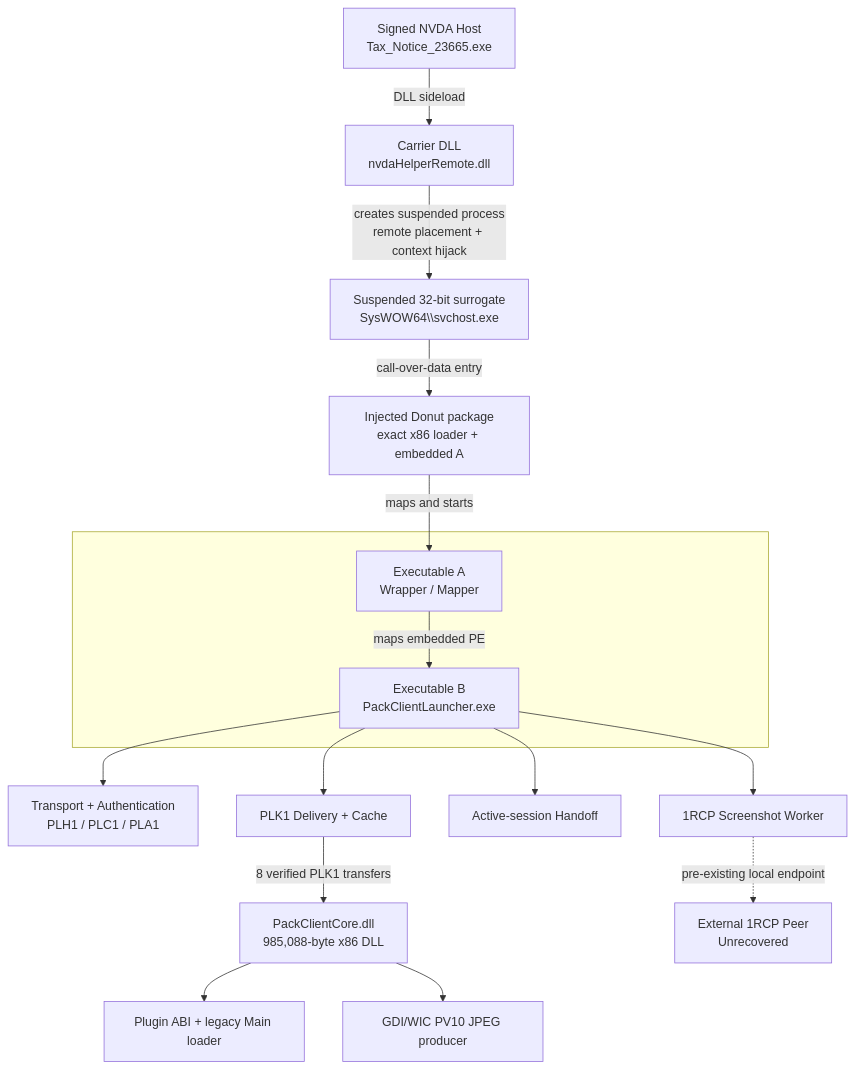
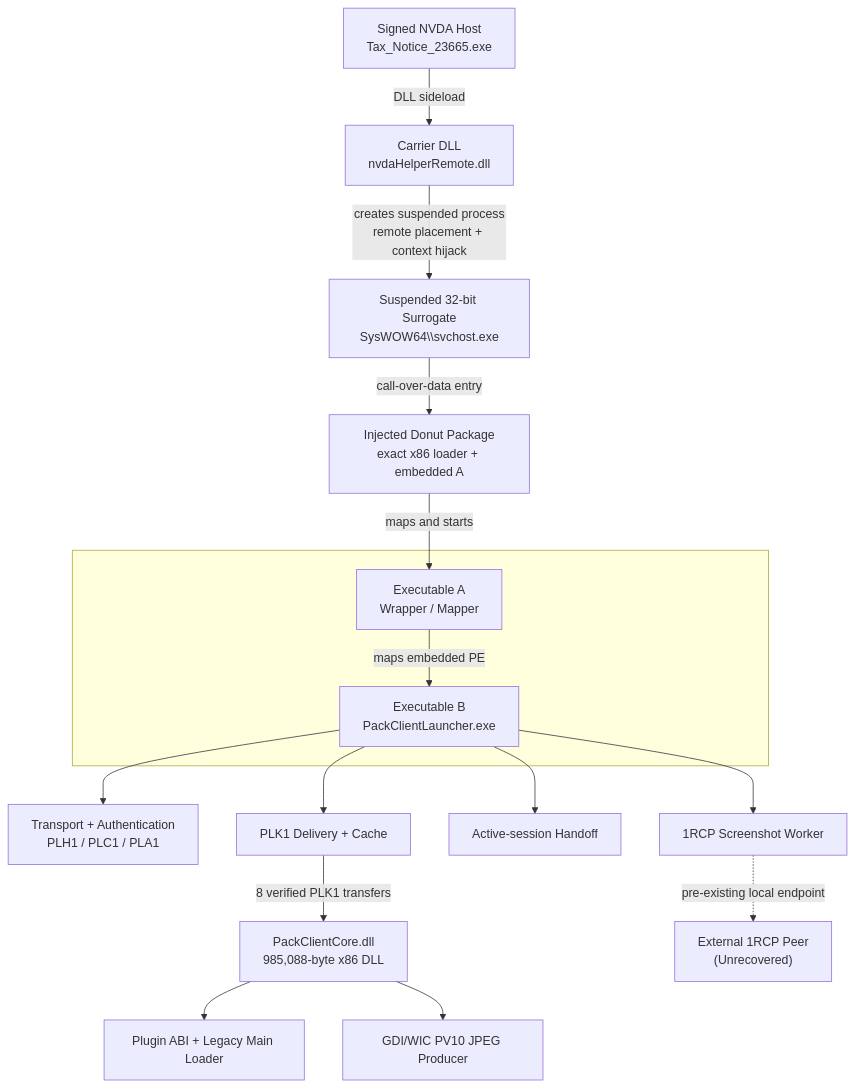
The diagram in README.md (ivanimmanuel-dev/PackClient), drawn with Mermaid before and after one commit. The commit also changed other lines of this file, not shown here.

First line of the commit message:
Revise findings and architecture details in README

````diff
--- a/README.md
+++ b/README.md
@@ -28,28 +30,28 @@
 ```mermaid
 flowchart TD
     H["Signed NVDA Host<br/>Tax_Notice_23665.exe"]
     C["Carrier DLL<br/>nvdaHelperRemote.dll"]
-    V["Suspended 32-bit surrogate<br/>SysWOW64\\svchost.exe"]
-    D["Injected Donut package<br/>exact x86 loader + embedded A"]
+    V["Suspended 32-bit Surrogate<br/>SysWOW64\\svchost.exe"]
+    D["Injected Donut Package<br/>exact x86 loader + embedded A"]
 
     subgraph P[" "]
         A["Executable A<br/>Wrapper / Mapper"]
         B["Executable B<br/>PackClientLauncher.exe"]
         A -->|"maps embedded PE"| B
     end
 
     H -->|"DLL sideload"| C
     C -->|"creates suspended process<br/>remote placement + context hijack"| V
     V -->|"call-over-data entry"| D
     D -->|"maps and starts"| A
 
     B --> T["Transport + Authentication<br/>PLH1 / PLC1 / PLA1"]
     B --> K["PLK1 Delivery + Cache"]
     B --> S["Active-session Handoff"]
     B --> R["1RCP Screenshot Worker"]
 
     K -->|"8 verified PLK1 transfers"| CORE["PackClientCore.dll<br/>985,088-byte x86 DLL"]
-    CORE --> PABI["Plugin ABI + legacy Main loader"]
-    CORE --> PV10["GDI/WIC PV10 JPEG producer"]
-    R -. "pre-existing local endpoint" .-> PEER["External 1RCP Peer<br/>Unrecovered"]
+    CORE --> PABI["Plugin ABI + Legacy Main Loader"]
+    CORE --> PV10["GDI/WIC PV10 JPEG Producer"]
+    R -. "pre-existing local endpoint" .-> PEER["External 1RCP Peer<br/>(Unrecovered)"]
 ```
````
